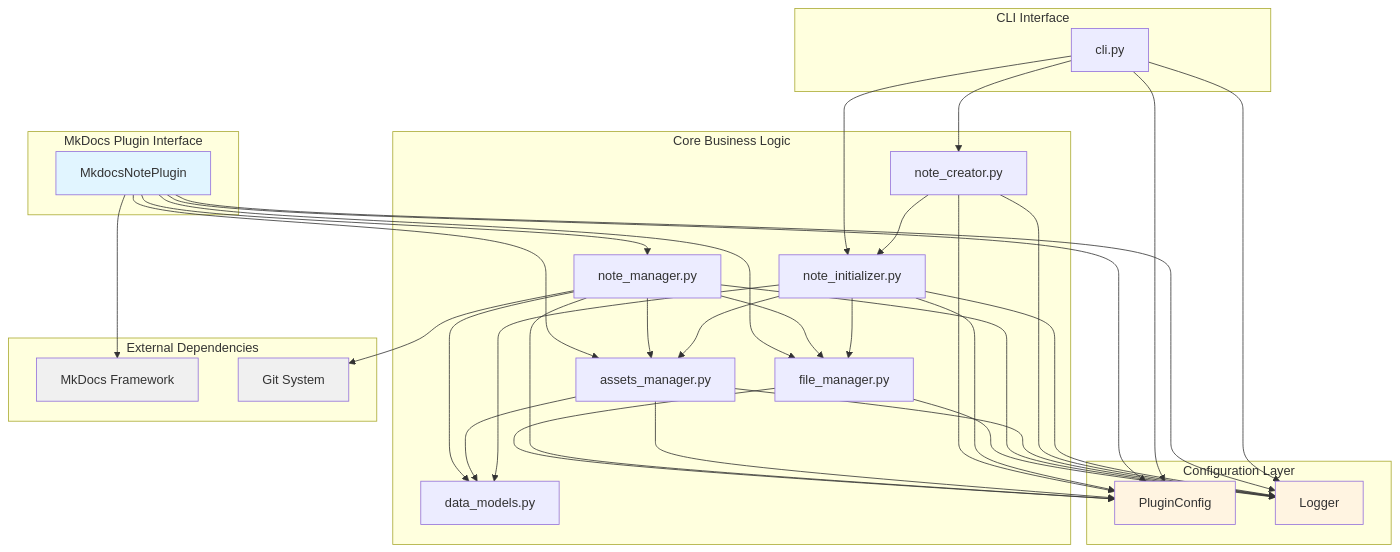
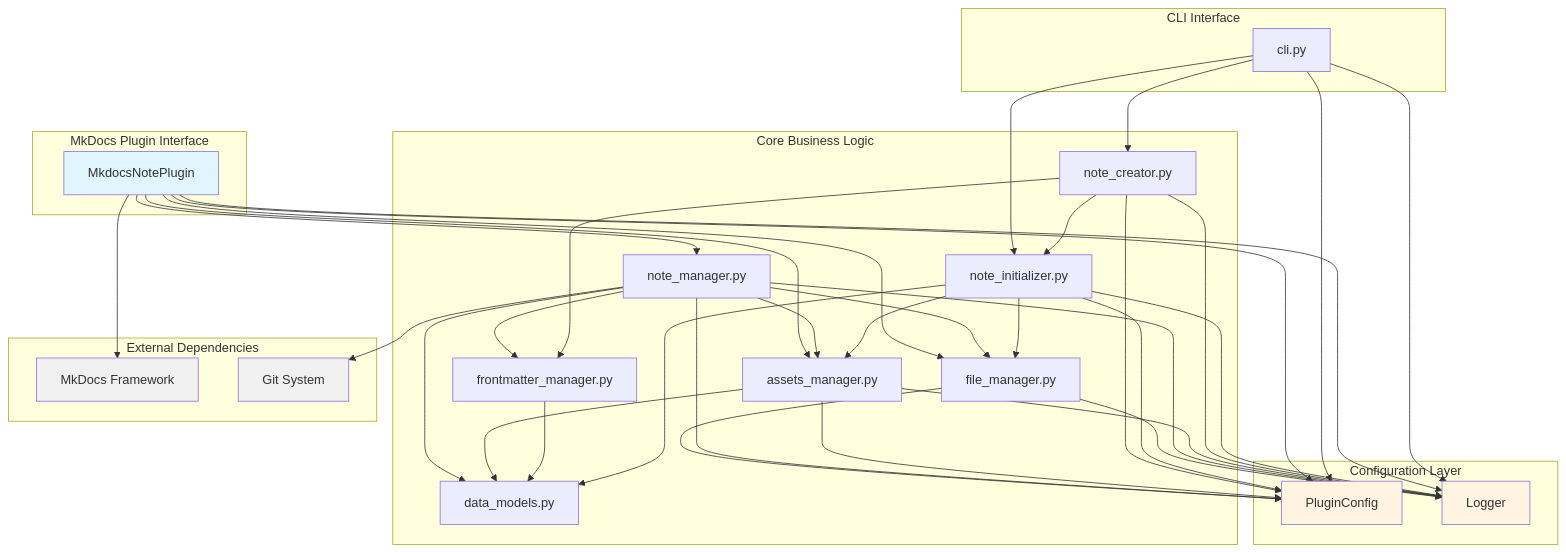
The first of 5 diagrams in CONTRIBUTING.md (virtualguard101/mkdocs-note), drawn with Mermaid before and after one commit. The commit also changed other lines of this file and 1 other file, not shown here.

````diff
--- a/CONTRIBUTING.md
+++ b/CONTRIBUTING.md
@@ -40,71 +40,76 @@
 ```mermaid
 graph TB
     subgraph "MkDocs Plugin Interface"
         Plugin[MkdocsNotePlugin]
     end
     
     subgraph "Configuration Layer"
         Config[PluginConfig]
         Logger[Logger]
     end
     
     subgraph "Core Business Logic"
         FileManager[file_manager.py]
         NoteManager[note_manager.py]
         AssetsManager[assets_manager.py]
+        FrontmatterManager[frontmatter_manager.py]
         NoteCreator[note_creator.py]
         NoteInitializer[note_initializer.py]
         DataModels[data_models.py]
     end
     
     subgraph "CLI Interface"
         CLI[cli.py]
     end
     
     subgraph "External Dependencies"
         MkDocs[MkDocs Framework]
         Git[Git System]
     end
     
     Plugin --> Config
     Plugin --> Logger
     Plugin --> FileManager
     Plugin --> NoteManager
     Plugin --> AssetsManager
     Plugin --> MkDocs
     
     CLI --> Config
     CLI --> Logger
     CLI --> NoteCreator
     CLI --> NoteInitializer
     
     FileManager --> Config
     FileManager --> Logger
     
     NoteManager --> Config
     NoteManager --> Logger
     NoteManager --> FileManager
     NoteManager --> AssetsManager
+    NoteManager --> FrontmatterManager
     NoteManager --> DataModels
     NoteManager --> Git
     
     AssetsManager --> Config
     AssetsManager --> Logger
     AssetsManager --> DataModels
     
+    FrontmatterManager --> DataModels
+    
     NoteCreator --> Config
     NoteCreator --> Logger
     NoteCreator --> NoteInitializer
+    NoteCreator --> FrontmatterManager
     
     NoteInitializer --> Config
     NoteInitializer --> Logger
     NoteInitializer --> FileManager
     NoteInitializer --> AssetsManager
     NoteInitializer --> DataModels
     
     style Plugin fill:#e1f5ff
     style Config fill:#fff4e1
     style Logger fill:#fff4e1
     style MkDocs fill:#f0f0f0
     style Git fill:#f0f0f0
 ```
````
